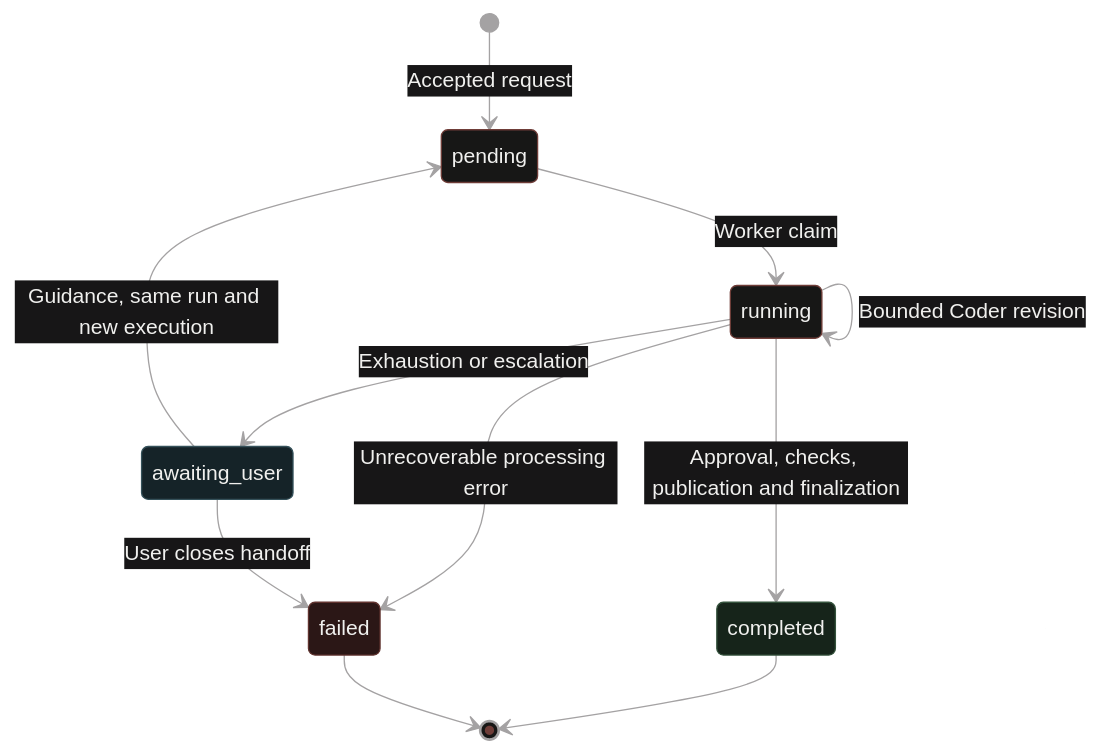
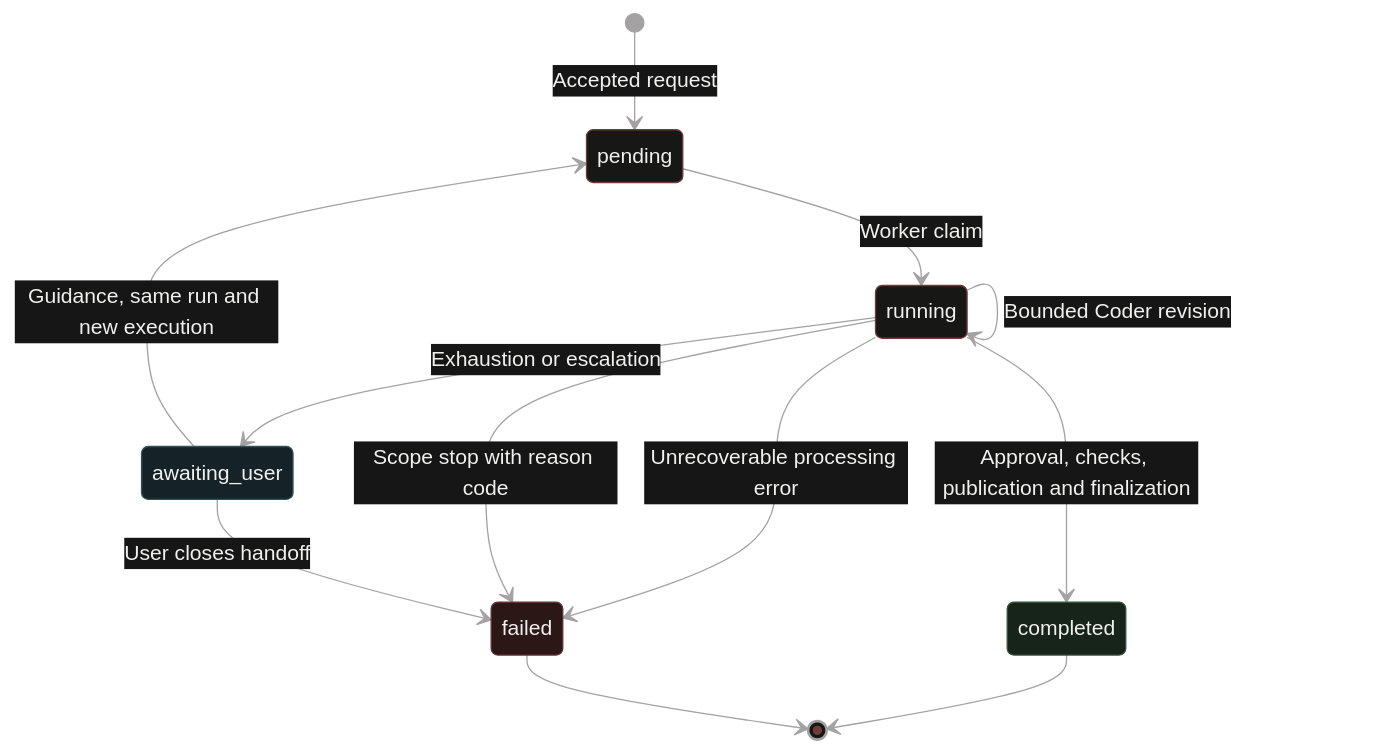
The fourth of 5 diagrams in docs/architecture.md (gdpe-franco/ai-coding-agent-pipeline), drawn with Mermaid before and after one commit. The commit also changed other lines of this file and 11 other files, not shown here.

````diff
--- a/docs/architecture.md
+++ b/docs/architecture.md
@@ -238,22 +243,23 @@
 ```mermaid
 %%{init: {"theme":"base","themeVariables":{"background":"#101010","primaryColor":"#171716","primaryTextColor":"#f0f0ee","primaryBorderColor":"#6f3d38","lineColor":"#a4a2a3","textColor":"#f0f0ee","mainBkg":"#171716","actorBkg":"#2a1a18","actorBorder":"#6f3d38","actorTextColor":"#f0f0ee","signalColor":"#a4a2a3","signalTextColor":"#f0f0ee","labelBoxBkgColor":"#1f1e1c","labelBoxBorderColor":"#35515a","labelTextColor":"#f0f0ee","loopTextColor":"#f0f0ee","noteBkgColor":"#152328","noteTextColor":"#f0f0ee","noteBorderColor":"#35515a"}}}%%
 stateDiagram-v2
     [*] --> pending: Accepted request
     pending --> running: Worker claim
     running --> running: Bounded Coder revision
     running --> completed: Approval, checks, publication and finalization
     running --> awaiting_user: Exhaustion or escalation
     running --> failed: Unrecoverable processing error
+    running --> failed: Scope stop with reason code
     awaiting_user --> pending: Guidance, same run and new execution
     awaiting_user --> failed: User closes handoff
     completed --> [*]
     failed --> [*]
     classDef active fill:#171716,stroke:#6f3d38,color:#f0f0ee
     classDef success fill:#16241a,stroke:#34523c,color:#f0f0ee
     classDef handoff fill:#152328,stroke:#35515a,color:#f0f0ee
     classDef error fill:#2b1716,stroke:#60332f,color:#f0f0ee
     class pending,running active
     class completed success
     class awaiting_user handoff
     class failed error
 ```
````
